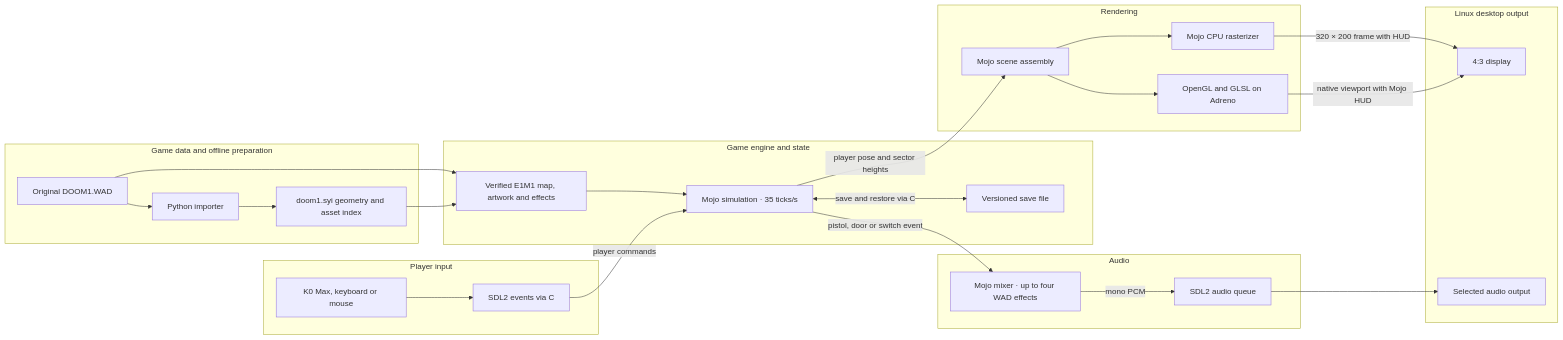
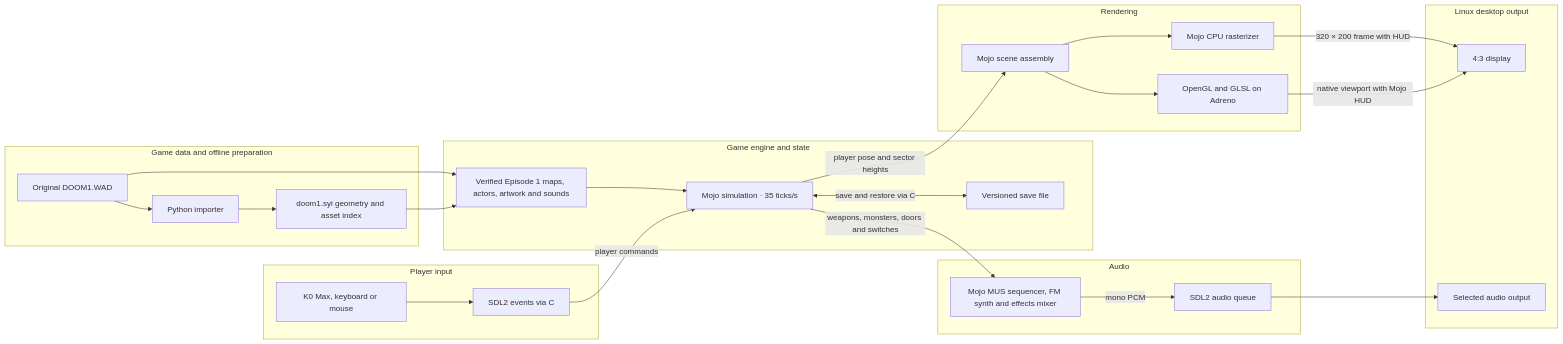
The diagram in projects/mojo-doom-switchyard/README.md (tommyjtl/torque), drawn with Mermaid before and after one commit. The commit also changed other lines of this file and 16 other files, not shown here.

First line of the commit message:
Implement the full shareware DOOM Episode 1 campaign in Mojo

````diff
--- a/projects/mojo-doom-switchyard/README.md
+++ b/projects/mojo-doom-switchyard/README.md
@@ -9,51 +9,51 @@
 ```mermaid
 flowchart LR
   subgraph MEDIA["Game data and offline preparation"]
     WAD["Original DOOM1.WAD"]
     IMPORT["Python importer"]
     INDEX["doom1.syi geometry and asset index"]
     WAD --> IMPORT --> INDEX
   end
 
   subgraph INPUT["Player input"]
     KEYS["K0 Max, keyboard or mouse"]
     SDLIN["SDL2 events via C"]
     KEYS --> SDLIN
   end
 
   subgraph CORE["Game engine and state"]
-    ASSETS["Verified E1M1 map, artwork and effects"]
+    ASSETS["Verified Episode 1 maps, actors, artwork and sounds"]
     GAME["Mojo simulation · 35 ticks/s"]
     SAVE["Versioned save file"]
     ASSETS --> GAME
     GAME <-->|save and restore via C| SAVE
   end
 
   subgraph GRAPHICS["Rendering"]
     SCENE["Mojo scene assembly"]
     CPU["Mojo CPU rasterizer"]
     GPU["OpenGL and GLSL on Adreno"]
     SCENE --> CPU
     SCENE --> GPU
   end
 
   subgraph SOUND["Audio"]
-    MIX["Mojo mixer · up to four WAD effects"]
+    MIX["Mojo MUS sequencer, FM synth and effects mixer"]
     QUEUE["SDL2 audio queue"]
     MIX -->|mono PCM| QUEUE
   end
 
   subgraph OUTPUT["Linux desktop output"]
     DISPLAY["4:3 display"]
     SINK["Selected audio output"]
   end
 
   WAD --> ASSETS
   INDEX --> ASSETS
   SDLIN -->|player commands| GAME
   GAME -->|player pose and sector heights| SCENE
-  GAME -->|pistol, door or switch event| MIX
+  GAME -->|weapons, monsters, doors and switches| MIX
   CPU -->|320 × 200 frame with HUD| DISPLAY
   GPU -->|native viewport with Mojo HUD| DISPLAY
   QUEUE --> SINK
 ```
````
